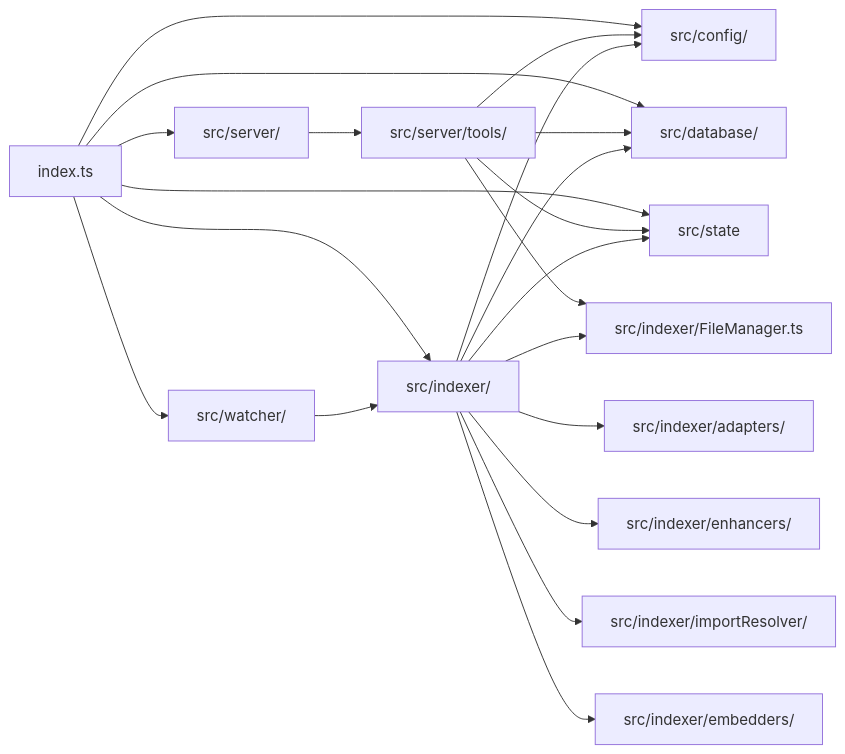
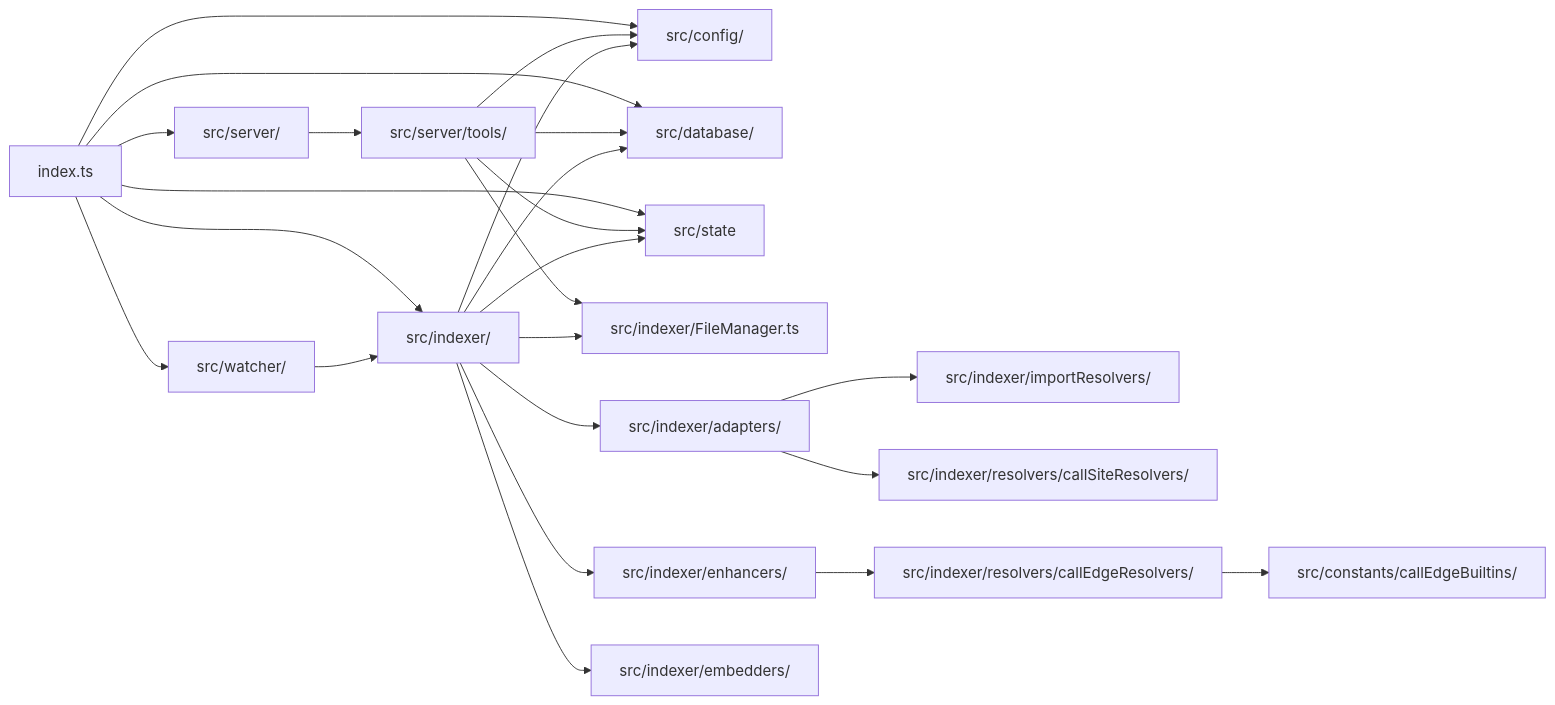
Before and after one commit to mdudeja/agentic_indexer_mcp: the diagram in AGENTS.md, drawn with Mermaid. The commit also changed other lines of this file and 56 other files, not shown here.

First line of the commit message:
Add tests for call site resolvers and ImplementsStatic decorator

````diff
--- a/AGENTS.md
+++ b/AGENTS.md
@@ -13,23 +13,26 @@
 ```mermaid
 graph LR
     CLI[index.ts] --> Config[src/config/]
     CLI --> DB[src/database/]
     CLI --> Server[src/server/]
     CLI --> Indexer[src/indexer/]
     CLI --> Watcher[src/watcher/]
     CLI --> AppState[src/state]
     Server --> Tools[src/server/tools/]
     Tools --> DB
     Tools --> Config
     Tools --> AppState
     Tools --> FileManager[src/indexer/FileManager.ts]
     Watcher --> Indexer[src/indexer/]
     Indexer --> Adapters[src/indexer/adapters/]
     Indexer --> Enhancers[src/indexer/enhancers/]
-    Indexer --> ImportResolver[src/indexer/importResolver/]
+    Adapters --> ImportResolver[src/indexer/importResolvers/]
+    Adapters --> CallSiteResolver[src/indexer/resolvers/callSiteResolvers/]
+    Enhancers --> CallEdgeResolver[src/indexer/resolvers/callEdgeResolvers/]
+    CallEdgeResolver --> CallEdgeBuiltins[src/constants/callEdgeBuiltins/]
     Indexer --> Embedders[src/indexer/embedders/]
     Indexer --> DB
     Indexer --> Config
     Indexer --> FileManager
     Indexer --> AppState
 ```
````
